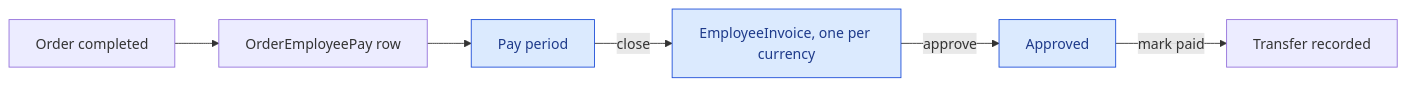
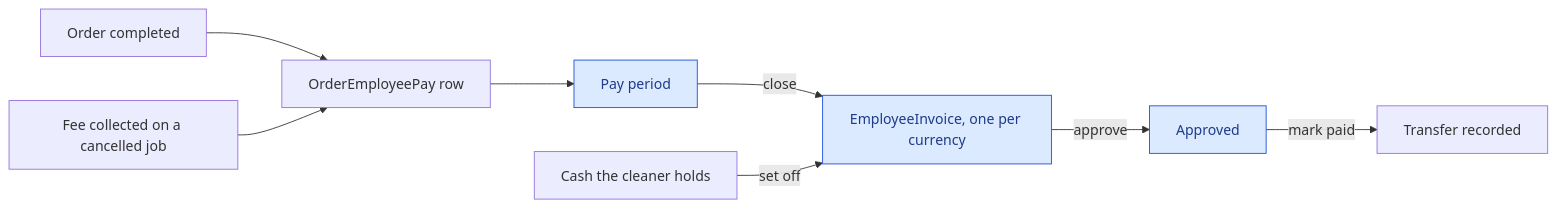
The diagram in docs/flows/pay-and-payouts.md (VM-s-Solutions/cleansia), drawn with Mermaid before and after one commit. The commit also changed other lines of this file and 6 other files, not shown here.

````diff
--- a/docs/flows/pay-and-payouts.md
+++ b/docs/flows/pay-and-payouts.md
@@ -8,11 +8,13 @@
 ```mermaid
 flowchart LR
   A[Order completed] --> B[OrderEmployeePay row]
+  X[Fee collected on a cancelled job] --> B
   B --> C[Pay period]
   C -->|close| D[EmployeeInvoice, one per currency]
+  L[Cash the cleaner holds] -->|set off| D
   D -->|approve| E[Approved]
   E -->|mark paid| F[Transfer recorded]
 
   classDef gate fill:#dbeafe,stroke:#1d4ed8,color:#1e3a8a
   class C,D,E gate
 ```
````
